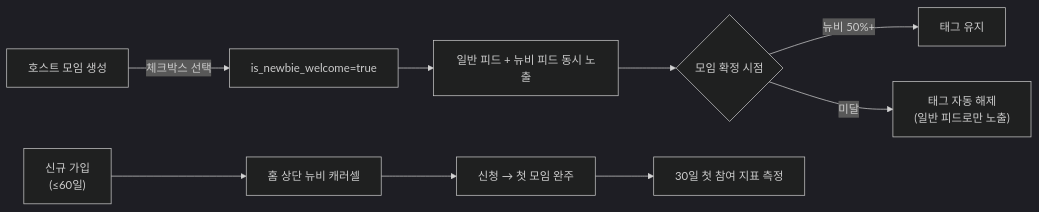
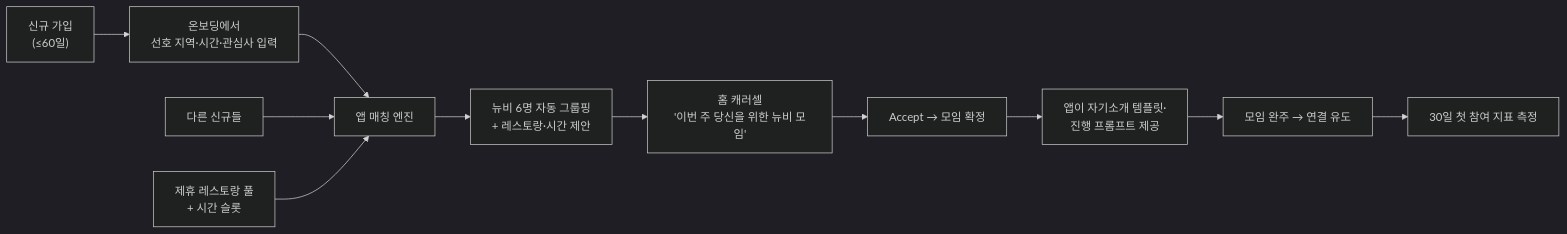
One commit to sipe-team/5-1_sipe_product_engineering_lab changed the second of 3 diagrams in week-4/kimjisub.md. Above: the diagram before and after it, drawn with Mermaid (dark theme). The commit also changed other lines of this file, not shown here.

First line of the commit message:
docs: 설계 전환 - 호스트 태그 → 앱 호스팅 뉴비 자동 매칭

````diff
--- a/week-4/kimjisub.md
+++ b/week-4/kimjisub.md
@@ -333,12 +341,13 @@
 ```mermaid
 flowchart LR
-    A["호스트 모임 생성"] -->|"체크박스 선택"| B["is_newbie_welcome=true"]
-    B --> C["일반 피드 + 뉴비 피드 동시 노출"]
-    C --> D{"모임 확정 시점"}
-    D -->|"뉴비 50%+"| E["태그 유지"]
-    D -->|"미달"| F["태그 자동 해제<br/>(일반 피드로만 노출)"]
-
-    G["신규 가입<br/>(≤60일)"] --> H["홈 상단 뉴비 캐러셀"]
-    H --> I["신청 → 첫 모임 완주"]
-    I --> J["30일 첫 참여 지표 측정"]
+    A["신규 가입<br/>(≤60일)"] --> B["온보딩에서<br/>선호 지역·시간·관심사 입력"]
+    B --> C["앱 매칭 엔진"]
+    D["다른 신규들"] --> C
+    E["제휴 레스토랑 풀<br/>+ 시간 슬롯"] --> C
+    C --> F["뉴비 6명 자동 그룹핑<br/>+ 레스토랑·시간 제안"]
+    F --> G["홈 캐러셀<br/>'이번 주 당신을 위한 뉴비 모임'"]
+    G --> H["Accept → 모임 확정"]
+    H --> I["앱이 자기소개 템플릿·<br/>진행 프롬프트 제공"]
+    I --> J["모임 완주 → 연결 유도"]
+    J --> K["30일 첫 참여 지표 측정"]
 ```
````
